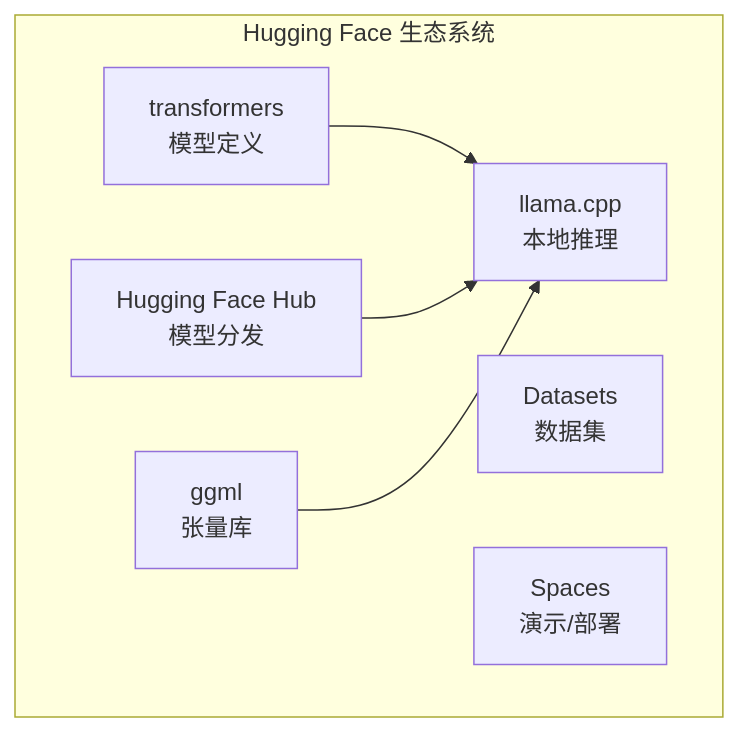
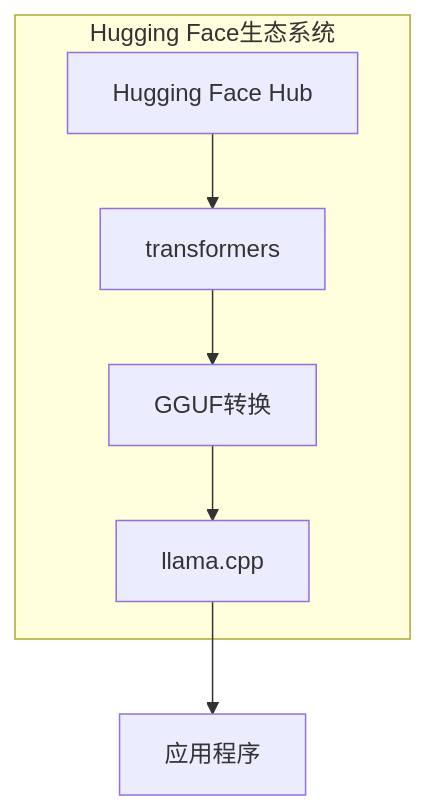
The second of 2 diagrams in src/content/blog/zh/ggml-llamacpp-huggingface.md (kimjangwook/www.jangwook.net), drawn with Mermaid before and after one commit. The commit also changed other lines of this file and 1 other file, not shown here.

Commit message:
feat(blog): add ggml-llamacpp-huggingface

````diff
--- a/src/content/blog/zh/ggml-llamacpp-huggingface.md
+++ b/src/content/blog/zh/ggml-llamacpp-huggingface.md
@@ -171,14 +125,14 @@
 ```mermaid
 graph TD
-    subgraph HFEcosystem["Hugging Face 生态系统"]
-        HUB[Hugging Face Hub<br/>模型分发]
-        TF[transformers<br/>模型定义]
-        LC[llama.cpp<br/>本地推理]
-        GGML[ggml<br/>张量库]
-        DS[Datasets<br/>数据集]
-        SP[Spaces<br/>演示/部署]
+    HF[Hugging Face Hub] --> TF[transformers]
+    TF --> GGUF[GGUF转换]
+    GGUF --> LC[llama.cpp]
+    LC --> APP[应用程序]
+    
+    subgraph "Hugging Face生态系统"
+        HF
+        TF
+        GGUF
+        LC
     end
-    TF --> LC
-    HUB --> LC
-    GGML --> LC
 ```
````
